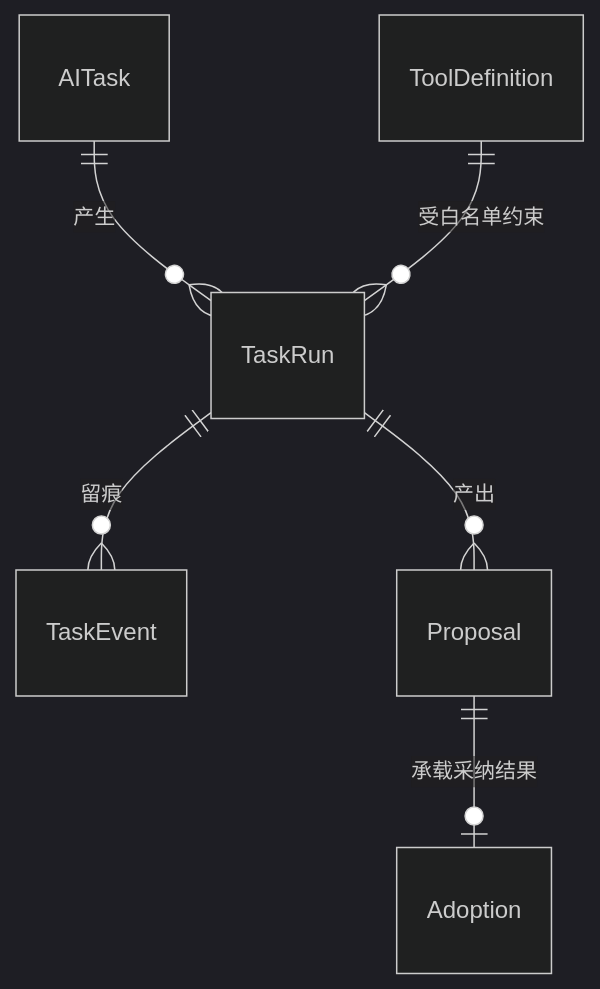
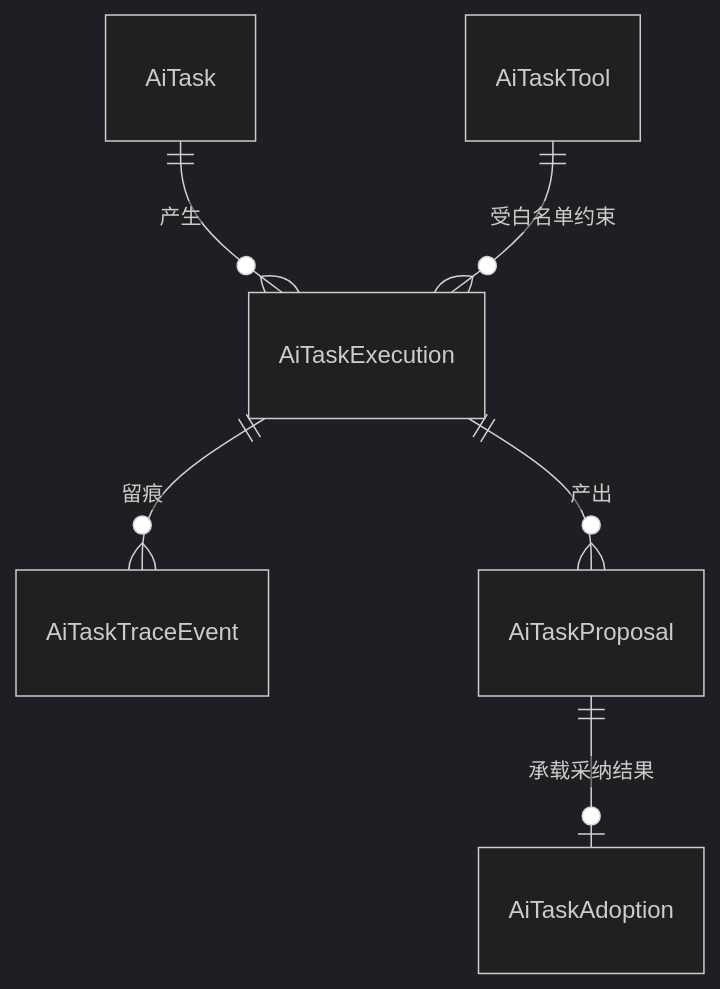
The diagram in docs/02-high-level-design/07-ai-capability/03-hld-ai-task.md (XiaoMiSum/robotest), drawn with Mermaid (dark theme) before and after one commit. The commit also changed other lines of this file, not shown here.

Commit message:
📝 docs(ai): AI Task 实体命名收敛 ai_task_ 域——AiTaskExecution/TraceEvent/Proposal/Adoption/Tool

````diff
--- a/docs/02-high-level-design/07-ai-capability/03-hld-ai-task.md
+++ b/docs/02-high-level-design/07-ai-capability/03-hld-ai-task.md
@@ -141,8 +141,8 @@
 ```mermaid
 erDiagram
-    AITask ||--o{ TaskRun : 产生
-    TaskRun ||--o{ TaskEvent : 留痕
-    TaskRun ||--o{ Proposal : 产出
-    Proposal ||--o| Adoption : 承载采纳结果
-    ToolDefinition ||--o{ TaskRun : 受白名单约束
+    AiTask ||--o{ AiTaskExecution : 产生
+    AiTaskExecution ||--o{ AiTaskTraceEvent : 留痕
+    AiTaskExecution ||--o{ AiTaskProposal : 产出
+    AiTaskProposal ||--o| AiTaskAdoption : 承载采纳结果
+    AiTaskTool ||--o{ AiTaskExecution : 受白名单约束
 ```
````
